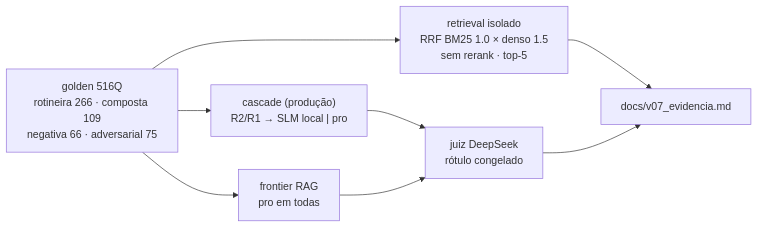
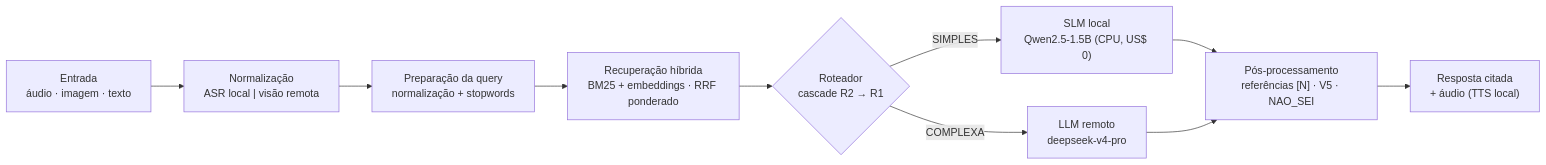
One commit to rafaelang/proj-master--iag-llm-2025-2-puc-rio-final changed the diagram in README.md. Above: the diagram before and after it, drawn with Mermaid. The commit also changed other lines of this file and 1 other file, not shown here.

````diff
--- a/README.md
+++ b/README.md
@@ -588,10 +61,12 @@
 ```mermaid
 flowchart LR
-    G["golden 516Q<br/>rotineira 266 · composta 109<br/>negativa 66 · adversarial 75"] --> R["retrieval isolado<br/>RRF BM25 1.0 × denso 1.5<br/>sem rerank · top-5"]
-    G --> C["cascade (produção)<br/>R2/R1 → SLM local | pro"]
-    G --> F["frontier RAG<br/>pro em todas"]
-    C --> J["juiz DeepSeek<br/>rótulo congelado"]
-    F --> J
-    R --> E["docs/v07_evidencia.md"]
-    J --> E
+    U["Entrada<br/>áudio · imagem · texto"] --> N["Normalização<br/>ASR local | visão remota"]
+    N --> Q["Preparação da query<br/>normalização + stopwords"]
+    Q --> R["Recuperação híbrida<br/>BM25 + embeddings · RRF ponderado"]
+    R --> RO{"Roteador<br/>cascade R2 → R1"}
+    RO -->|SIMPLES| S["SLM local<br/>Qwen2.5-1.5B (CPU, US$ 0)"]
+    RO -->|COMPLEXA| C["LLM remoto<br/>deepseek-v4-pro"]
+    S --> P["Pós-processamento<br/>referências [N] · V5 · NAO_SEI"]
+    C --> P
+    P --> O["Resposta citada<br/>+ áudio (TTS local)"]
 ```
````
